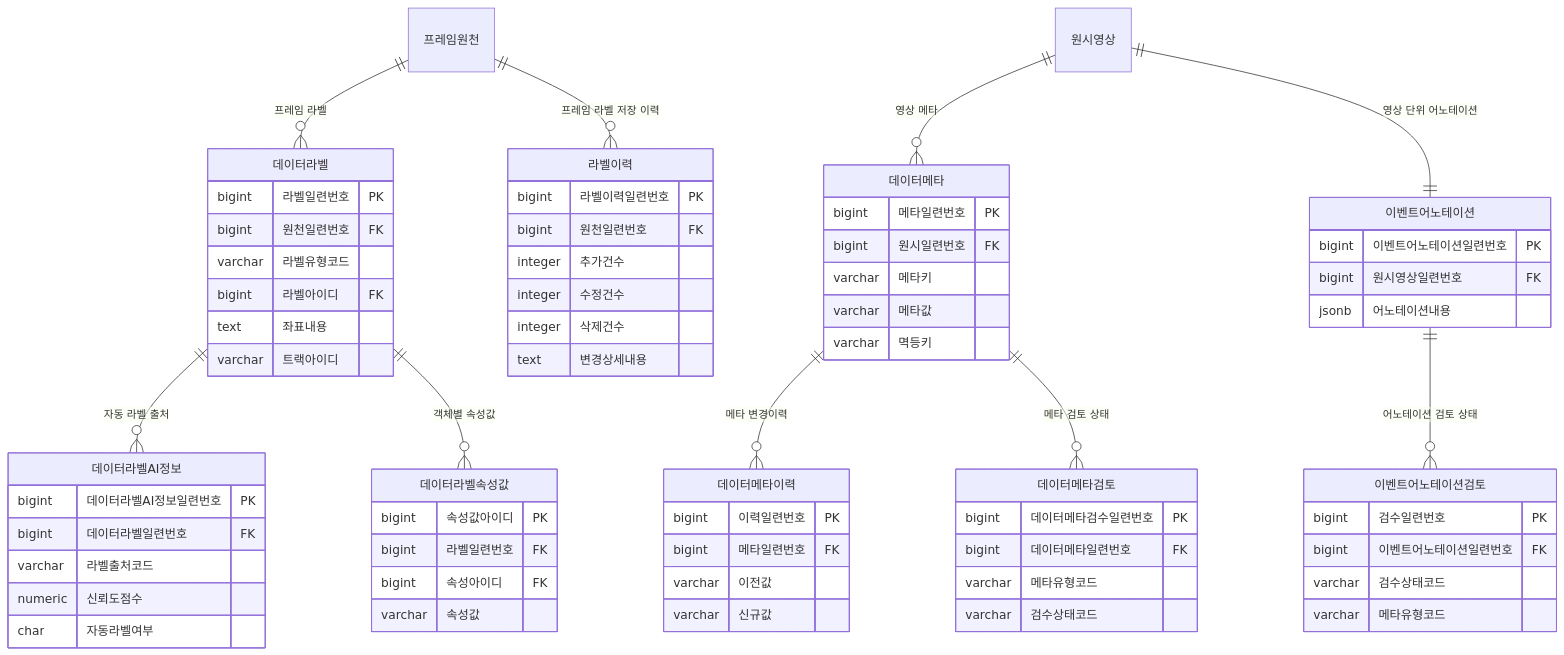
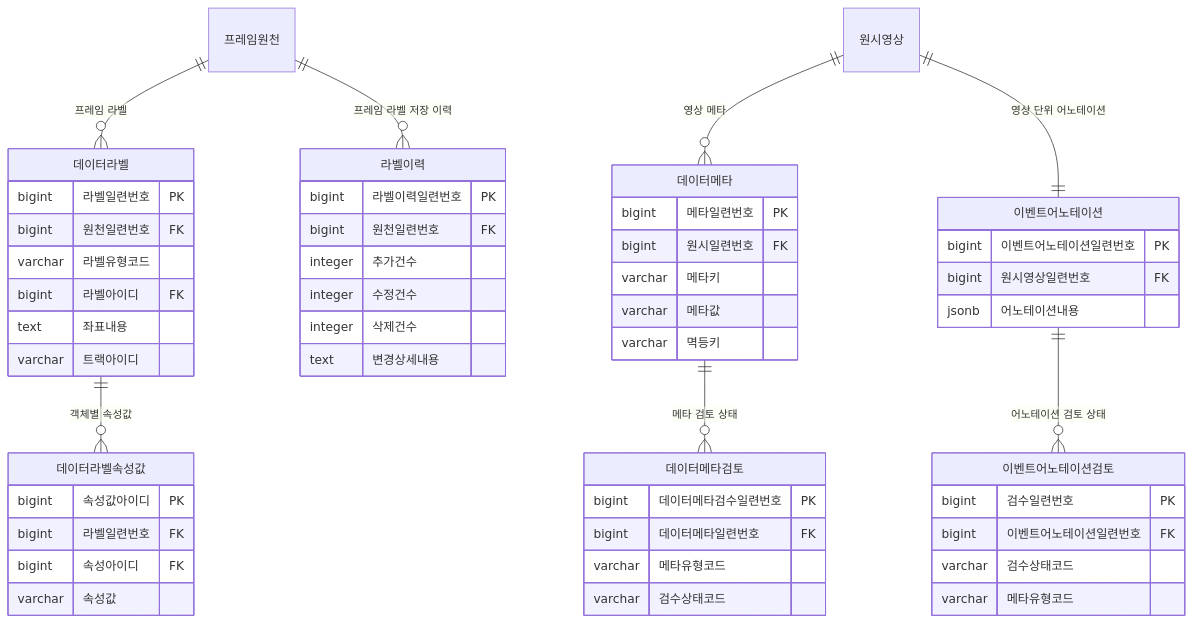
Before and after one commit to New-stella/klid-label: the second of 17 diagrams in docs/design/KLID_AT_엔티티관계모형설계서.md, drawn with Mermaid. The commit also changed other lines of this file and 10 other files, not shown here.

````diff
--- a/docs/design/KLID_AT_엔티티관계모형설계서.md
+++ b/docs/design/KLID_AT_엔티티관계모형설계서.md
@@ -101,71 +94,56 @@
 ```mermaid
 erDiagram
     프레임원천 ||--o{ 데이터라벨 : "프레임 라벨"
-    데이터라벨 ||--o{ 데이터라벨AI정보 : "자동 라벨 출처"
     데이터라벨 ||--o{ 데이터라벨속성값 : "객체별 속성값"
     프레임원천 ||--o{ 라벨이력 : "프레임 라벨 저장 이력"
     원시영상 ||--o{ 데이터메타 : "영상 메타"
-    데이터메타 ||--o{ 데이터메타이력 : "메타 변경이력"
     데이터메타 ||--o{ 데이터메타검토 : "메타 검토 상태"
     원시영상 ||--|| 이벤트어노테이션 : "영상 단위 어노테이션"
     이벤트어노테이션 ||--o{ 이벤트어노테이션검토 : "어노테이션 검토 상태"
     데이터라벨 {
         bigint 라벨일련번호 PK
         bigint 원천일련번호 FK
         varchar 라벨유형코드
         bigint 라벨아이디 FK
         text 좌표내용
         varchar 트랙아이디
-    }
-    데이터라벨AI정보 {
-        bigint 데이터라벨AI정보일련번호 PK
-        bigint 데이터라벨일련번호 FK
-        varchar 라벨출처코드
-        numeric 신뢰도점수
-        char 자동라벨여부
     }
     데이터라벨속성값 {
         bigint 속성값아이디 PK
         bigint 라벨일련번호 FK
         bigint 속성아이디 FK
         varchar 속성값
     }
     라벨이력 {
         bigint 라벨이력일련번호 PK
         bigint 원천일련번호 FK
         integer 추가건수
         integer 수정건수
         integer 삭제건수
         text 변경상세내용
     }
     데이터메타 {
         bigint 메타일련번호 PK
         bigint 원시일련번호 FK
         varchar 메타키
         varchar 메타값
         varchar 멱등키
     }
-    데이터메타이력 {
-        bigint 이력일련번호 PK
-        bigint 메타일련번호 FK
-        varchar 이전값
-        varchar 신규값
-    }
     데이터메타검토 {
         bigint 데이터메타검수일련번호 PK
         bigint 데이터메타일련번호 FK
         varchar 메타유형코드
         varchar 검수상태코드
     }
     이벤트어노테이션 {
         bigint 이벤트어노테이션일련번호 PK
         bigint 원시영상일련번호 FK
         jsonb 어노테이션내용
     }
     이벤트어노테이션검토 {
         bigint 검수일련번호 PK
         bigint 이벤트어노테이션일련번호 FK
         varchar 검수상태코드
         varchar 메타유형코드
     }
 ```
````
